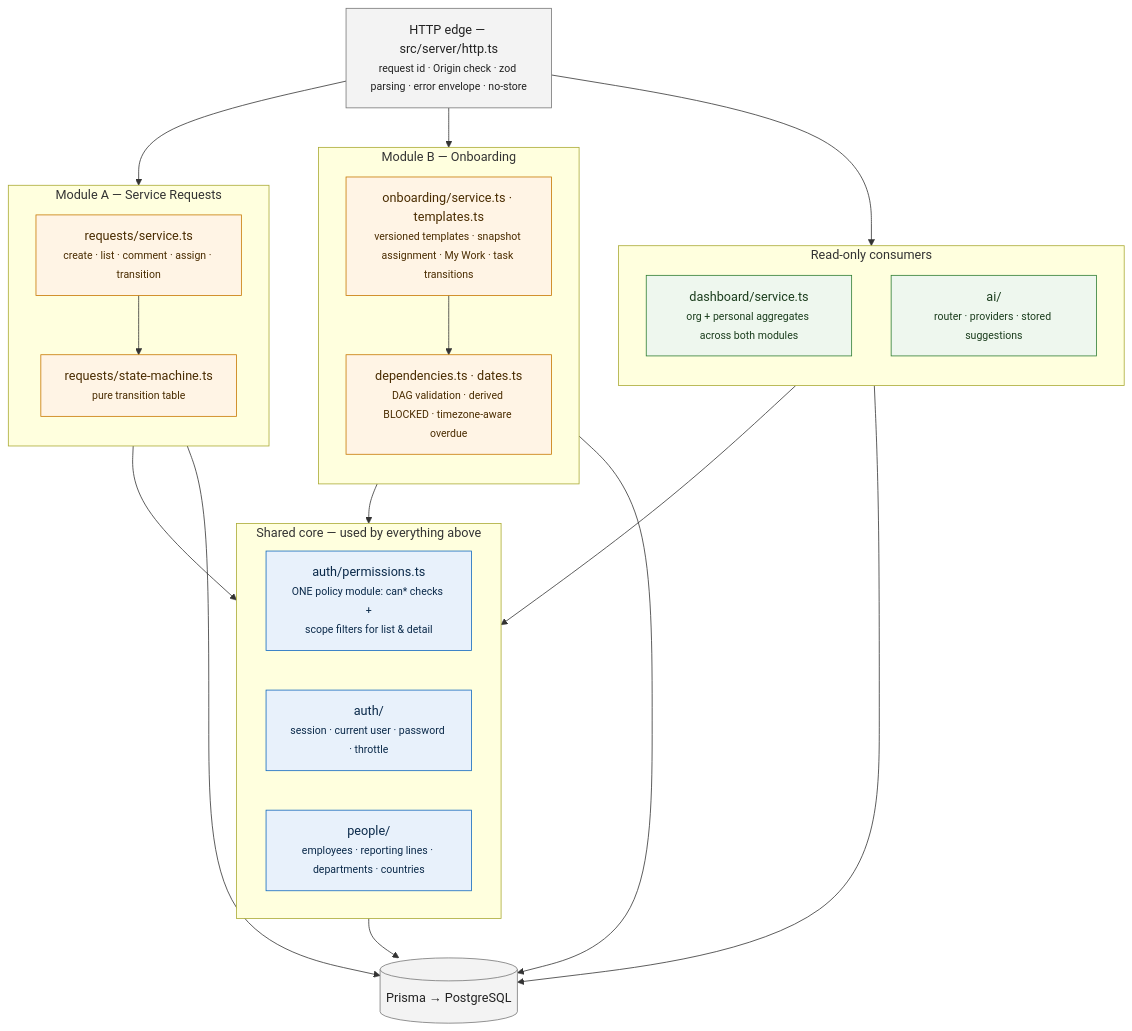
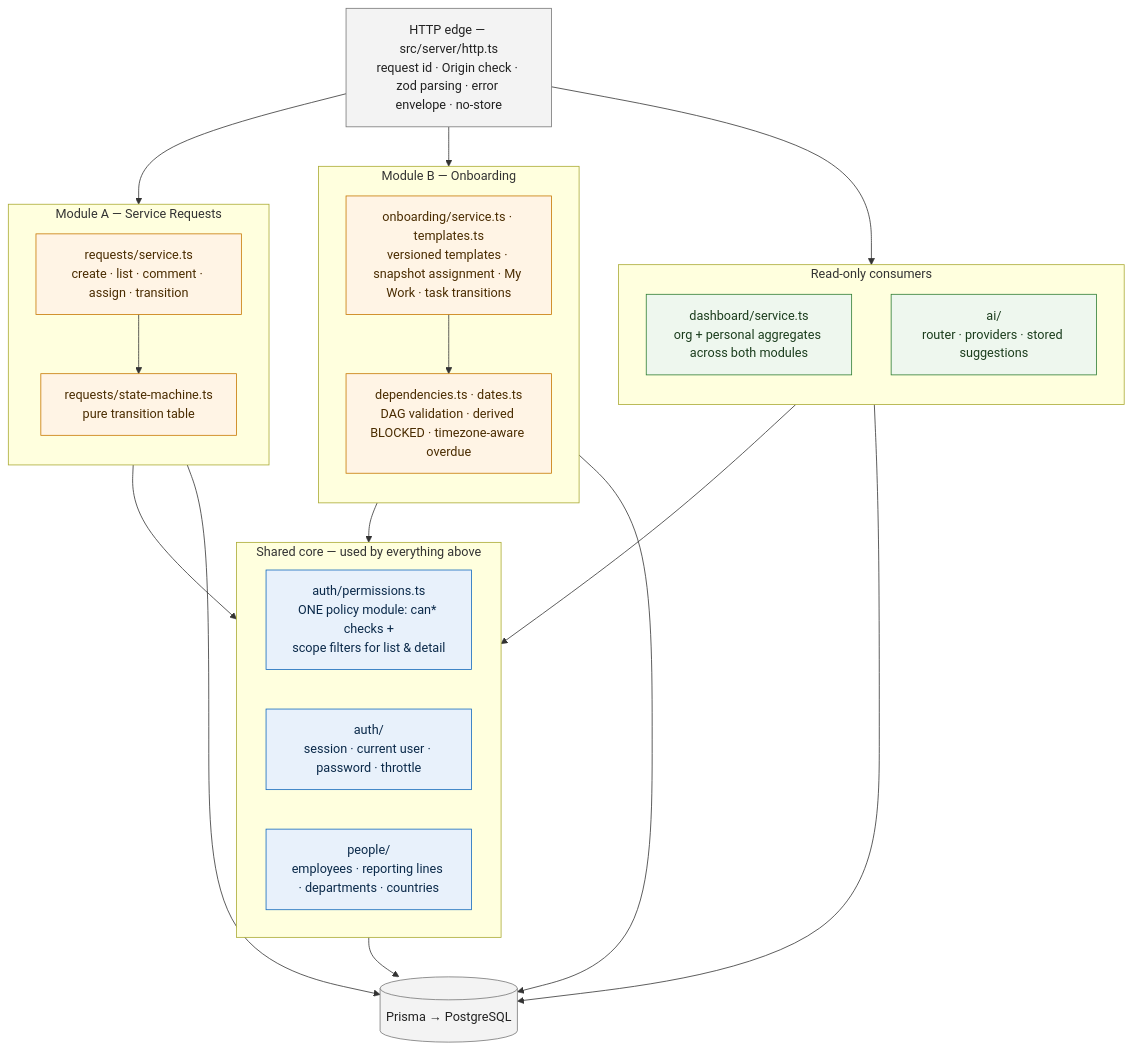
One commit to randev0/nv-people-operations changed the third of 9 diagrams in ARCHITECTURE.md. Above: the diagram before and after it, drawn with Mermaid. The commit also changed other lines of this file, not shown here.

First line of the commit message:
ARCHITECTURE: drop <small> from Mermaid labels (GitHub sized nodes for small text and clipped the full-size labels)

````diff
--- a/ARCHITECTURE.md
+++ b/ARCHITECTURE.md
@@ -131,47 +131,47 @@
 ```mermaid
 flowchart TB
   classDef shared fill:#e8f1fb,stroke:#1168bd,color:#0b2a4a
   classDef module fill:#fff4e5,stroke:#c77700,color:#4a2c00
   classDef consumer fill:#eef7ee,stroke:#2e7d32,color:#1b3d1d
   classDef infra fill:#f3f3f3,stroke:#777,color:#222
 
-  edge["HTTP edge — src/server/http.ts<br/><small>request id · Origin check · zod parsing · error envelope · no-store</small>"]:::infra
+  edge["HTTP edge — src/server/http.ts<br/>request id · Origin check · zod parsing · error envelope · no-store"]:::infra
 
   subgraph modA["Module A — Service Requests"]
     direction TB
-    rsvc["requests/service.ts<br/><small>create · list · comment · assign · transition</small>"]:::module
-    rsm["requests/state-machine.ts<br/><small>pure transition table</small>"]:::module
+    rsvc["requests/service.ts<br/>create · list · comment · assign · transition"]:::module
+    rsm["requests/state-machine.ts<br/>pure transition table"]:::module
   end
 
   subgraph modB["Module B — Onboarding"]
     direction TB
-    osvc["onboarding/service.ts · templates.ts<br/><small>versioned templates · snapshot assignment · My Work · task transitions</small>"]:::module
-    dag["dependencies.ts · dates.ts<br/><small>DAG validation · derived BLOCKED · timezone-aware overdue</small>"]:::module
+    osvc["onboarding/service.ts · templates.ts<br/>versioned templates · snapshot assignment · My Work · task transitions"]:::module
+    dag["dependencies.ts · dates.ts<br/>DAG validation · derived BLOCKED · timezone-aware overdue"]:::module
   end
 
   subgraph cons["Read-only consumers"]
     direction TB
-    dash["dashboard/service.ts<br/><small>org + personal aggregates across both modules</small>"]:::consumer
-    ai["ai/<br/><small>router · providers · stored suggestions</small>"]:::consumer
+    dash["dashboard/service.ts<br/>org + personal aggregates across both modules"]:::consumer
+    ai["ai/<br/>router · providers · stored suggestions"]:::consumer
   end
 
   subgraph core["Shared core — used by everything above"]
     direction LR
-    perm["auth/permissions.ts<br/><small>ONE policy module: can* checks +<br/>scope filters for list & detail</small>"]:::shared
-    auth["auth/<br/><small>session · current user · password · throttle</small>"]:::shared
-    people["people/<br/><small>employees · reporting lines · departments · countries</small>"]:::shared
+    perm["auth/permissions.ts<br/>ONE policy module: can* checks +<br/>scope filters for list & detail"]:::shared
+    auth["auth/<br/>session · current user · password · throttle"]:::shared
+    people["people/<br/>employees · reporting lines · departments · countries"]:::shared
   end
 
   db[("Prisma → PostgreSQL")]:::infra
 
   edge --> modA & modB & cons
   rsvc --> rsm
   osvc --> dag
   modA --> core
   modB --> core
   cons --> core
   core --> db
   modA --> db
   modB --> db
   cons --> db
 ```
````
